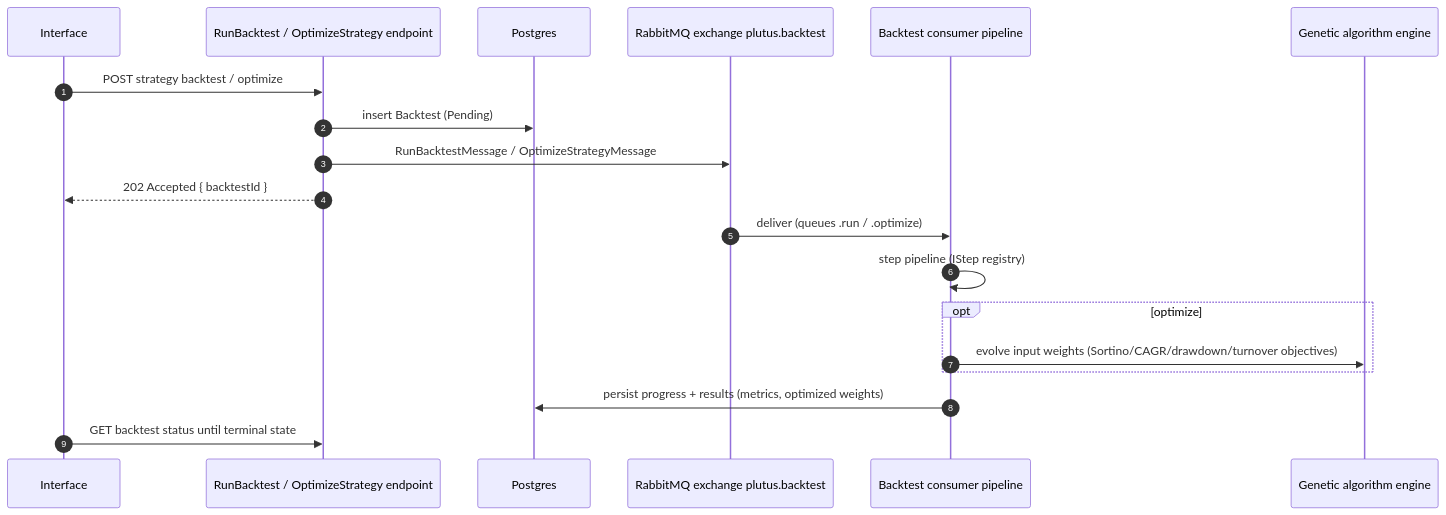
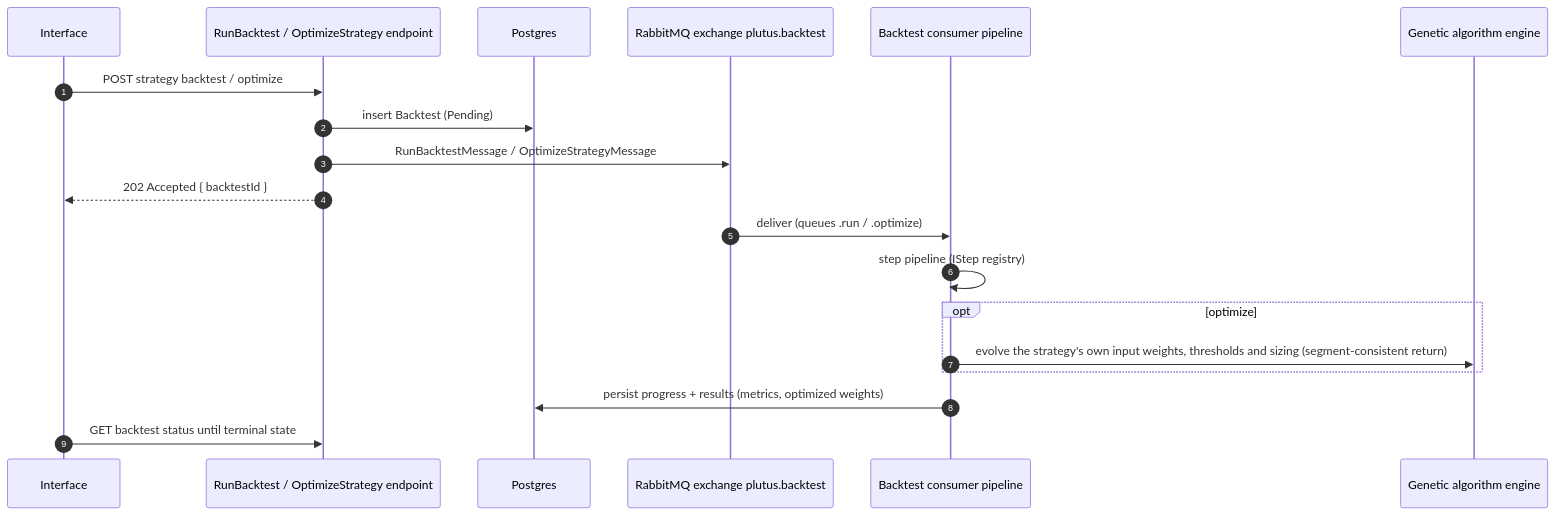
Before and after one commit to davwales/ouranos-pantheon: the fourth of 7 diagrams in docs/architecture/06-runtime-view.md, drawn with Mermaid. The commit also changed other lines of this file and 40 other files, not shown here.

````diff
--- a/docs/architecture/06-runtime-view.md
+++ b/docs/architecture/06-runtime-view.md
@@ -107,22 +107,22 @@
 ```mermaid
 sequenceDiagram
     autonumber
     participant UI as Interface
     participant EP as RunBacktest / OptimizeStrategy endpoint
     participant DB as Postgres
     participant X as RabbitMQ exchange plutus.backtest
     participant C as Backtest consumer pipeline
     participant GA as Genetic algorithm engine
 
     UI ->> EP: POST strategy backtest / optimize
     EP ->> DB: insert Backtest (Pending)
     EP ->> X: RunBacktestMessage / OptimizeStrategyMessage
     EP -->> UI: 202 Accepted { backtestId }
     X ->> C: deliver (queues .run / .optimize)
     C ->> C: step pipeline (IStep registry)
     opt optimize
-        C ->> GA: evolve input weights (Sortino/CAGR/drawdown/turnover objectives)
+        C ->> GA: evolve the strategy's own input weights, thresholds and sizing (segment-consistent return)
     end
     C ->> DB: persist progress + results (metrics, optimized weights)
     UI ->> EP: GET backtest status until terminal state
 ```
````
